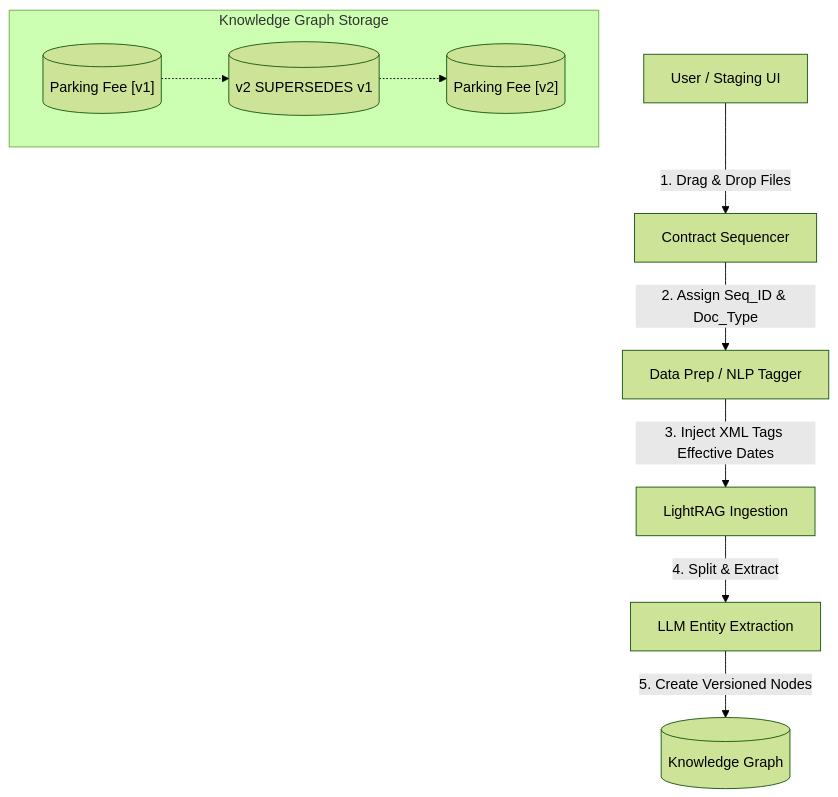
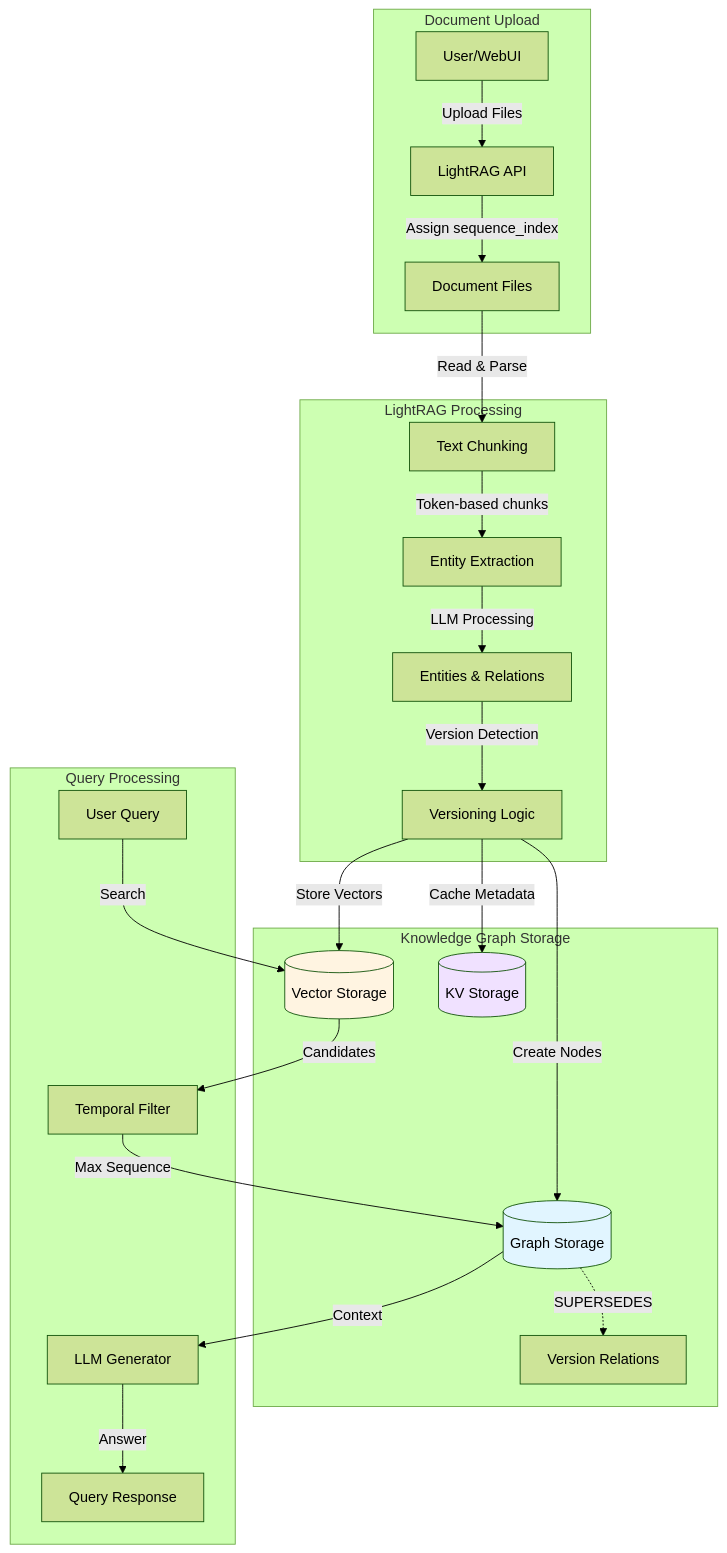
One commit to parthpatel643/LightRAG changed the diagram in docs/ARCHITECTURE.md. Above: the diagram before and after it, drawn with Mermaid (forest theme). The commit also changed other lines of this file and 42 other files, not shown here.

````diff
--- a/docs/ARCHITECTURE.md
+++ b/docs/ARCHITECTURE.md
@@ -52,15 +52,34 @@
 ```mermaid
-graph TD
-    User[User / Staging UI] -->|1. Drag & Drop Files| Sequencer[Contract Sequencer]
-    Sequencer -->|2. Assign Seq_ID & Doc_Type| Tagger[Data Prep / NLP Tagger]
-    Tagger -->|3. Inject XML Tags Effective Dates| LightRAG[LightRAG Ingestion]
-    LightRAG -->|4. Split & Extract| EntityExtract[LLM Entity Extraction]
-    EntityExtract -->|5. Create Versioned Nodes| KG[(Knowledge Graph)]
+graph TB
+    subgraph "Document Upload"
+        User[User/WebUI] -->|Upload Files| API[LightRAG API]
+        API -->|Assign sequence_index| Files[Document Files]
+    end
     
-    subgraph Knowledge Graph Storage
-        Node1[("Parking Fee [v1]")]
-        Node2[("Parking Fee [v2]")]
-        Edge1[("v2 SUPERSEDES v1")]
-        Node1 -.-> Edge1 -.-> Node2
+    subgraph "LightRAG Processing"
+        Files -->|Read & Parse| Chunker[Text Chunking]
+        Chunker -->|Token-based chunks| Extractor[Entity Extraction]
+        Extractor -->|LLM Processing| Entities[Entities & Relations]
+        Entities -->|Version Detection| Versioner[Versioning Logic]
     end
+    
+    subgraph "Knowledge Graph Storage"
+        Versioner -->|Create Nodes| GraphDB[(Graph Storage)]
+        Versioner -->|Store Vectors| VectorDB[(Vector Storage)]
+        Versioner -->|Cache Metadata| KVStore[(KV Storage)]
+        
+        GraphDB -.->|SUPERSEDES| Relations[Version Relations]
+    end
+    
+    subgraph "Query Processing"
+        Query[User Query] -->|Search| VectorDB
+        VectorDB -->|Candidates| Filter[Temporal Filter]
+        Filter -->|Max Sequence| GraphDB
+        GraphDB -->|Context| LLM[LLM Generator]
+        LLM -->|Answer| Response[Query Response]
+    end
+    
+    style GraphDB fill:#e1f5ff
+    style VectorDB fill:#fff4e1
+    style KVStore fill:#f0e1ff
 ```
````
